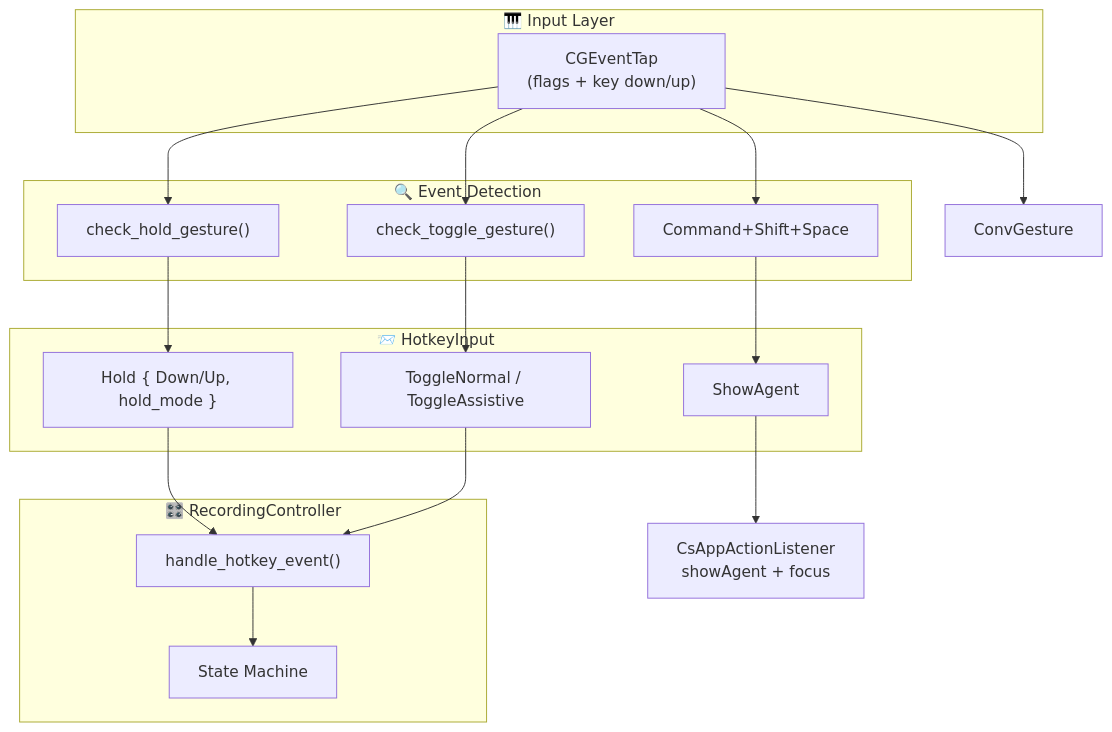
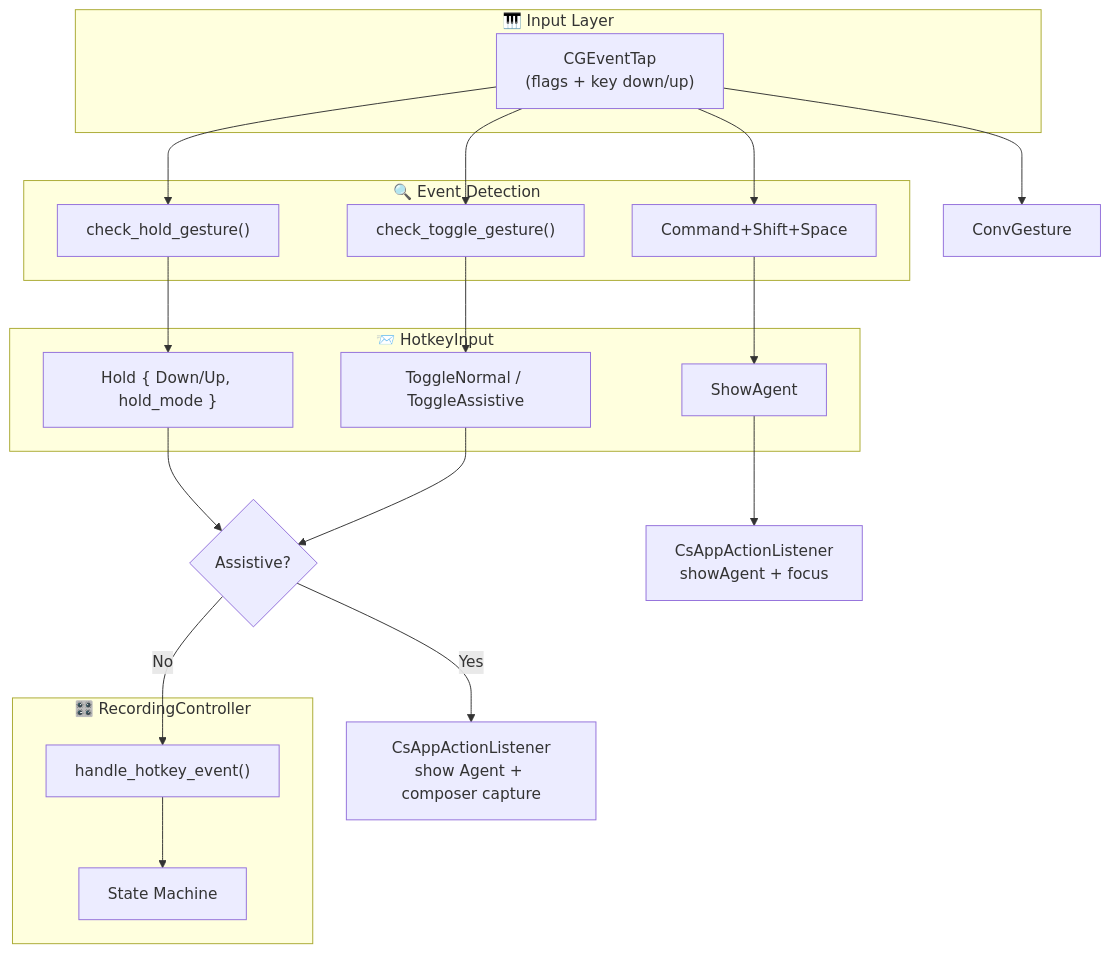
Before and after one commit to vetcoders/codescribe: the first of 6 diagrams in docs/HOTKEYS_CONTRACT.md, drawn with Mermaid. The commit also changed other lines of this file and 164 other files, not shown here.

````diff
--- a/docs/HOTKEYS_CONTRACT.md
+++ b/docs/HOTKEYS_CONTRACT.md
@@ -33,37 +40,39 @@
 ```mermaid
 flowchart TB
     subgraph Input["🎹 Input Layer"]
         CGEventTap["CGEventTap<br/>(flags + key down/up)"]
     end
 
     subgraph Detection["🔍 Event Detection"]
         HoldGesture["check_hold_gesture()"]
         ToggleGesture["check_toggle_gesture()"]
         CommandGesture["Command+Shift+Space"]
     end
 
     subgraph Events["📨 HotkeyInput"]
         HoldEvent["Hold { Down/Up, hold_mode }"]
         ToggleEvent["ToggleNormal / ToggleAssistive"]
         ShowAgent["ShowAgent"]
     end
 
     subgraph Controller["🎛️ RecordingController"]
         Handler["handle_hotkey_event()"]
         StateMachine["State Machine"]
     end
 
     CGEventTap --> HoldGesture
     CGEventTap --> ToggleGesture
     CGEventTap --> ConvGesture
 
     HoldGesture --> HoldEvent
     ToggleGesture --> ToggleEvent
     CGEventTap --> CommandGesture
     CommandGesture --> ShowAgent
-    HoldEvent --> Handler
-    ToggleEvent --> Handler
+    HoldEvent --> AssistiveSplit{"Assistive?"}
+    ToggleEvent --> AssistiveSplit
+    AssistiveSplit -->|No| Handler
+    AssistiveSplit -->|Yes| AgentCapture["CsAppActionListener<br/>show Agent + composer capture"]
     ShowAgent --> AppAction["CsAppActionListener<br/>showAgent + focus"]
 
     Handler --> StateMachine
 ```
````
